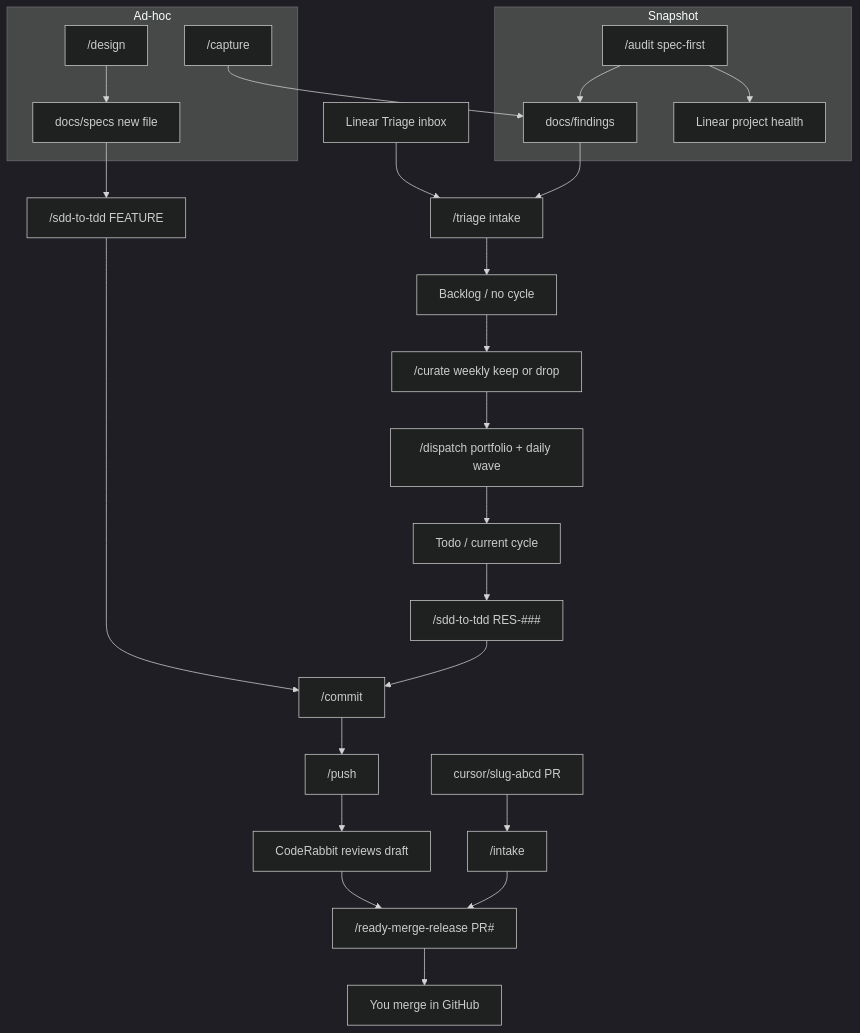
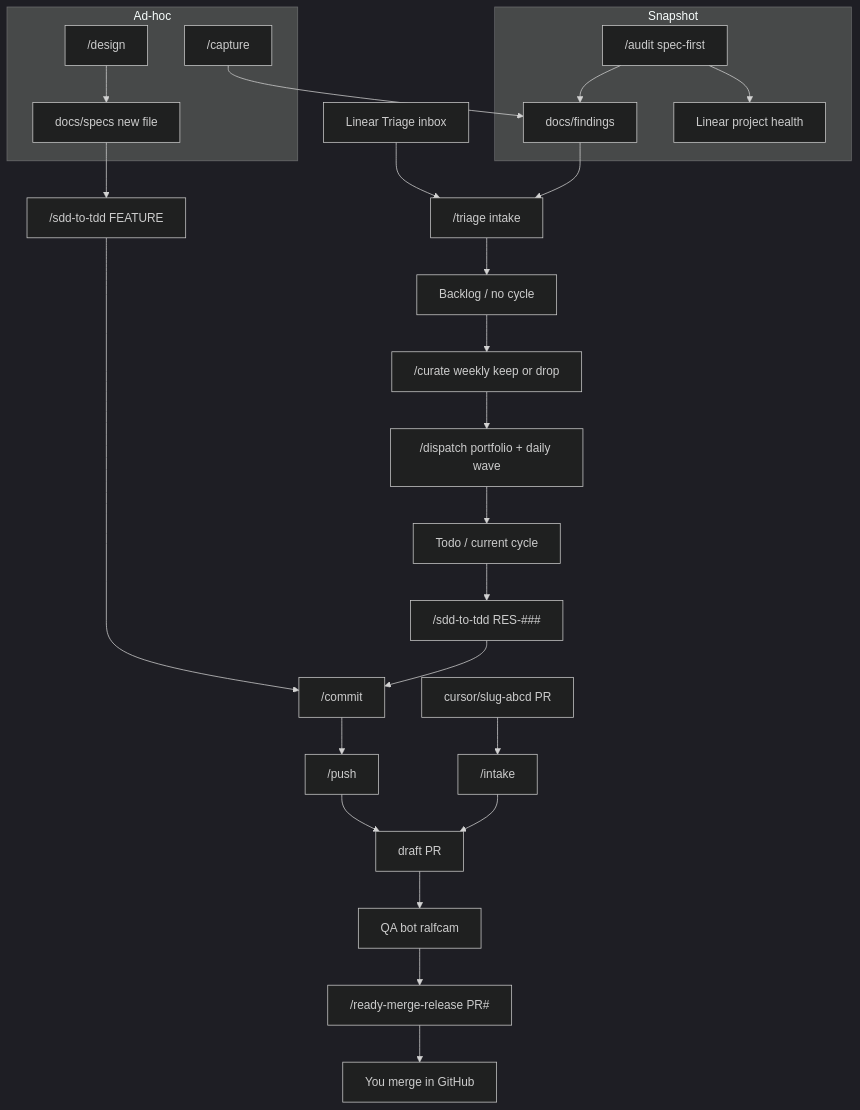
One commit to ralfcam/restaurant-system changed the diagram in .cursor/README.md. Above: the diagram before and after it, drawn with Mermaid (dark theme). The commit also changed other lines of this file and 22 other files, not shown here.

````diff
--- a/.cursor/README.md
+++ b/.cursor/README.md
@@ -75,30 +75,31 @@
 ```mermaid
 flowchart TD
   subgraph snapshot [Snapshot]
     Audit["/audit spec-first"]
     Audit --> Ledger["docs/findings"]
     Audit --> ProjectHealth["Linear project health"]
   end
   subgraph adhoc [Ad-hoc]
     Capture["/capture"]
     Design["/design"]
     Capture --> Ledger
     Design --> Spec["docs/specs new file"]
   end
   LinearTriage["Linear Triage inbox"] --> Triage["/triage intake"]
   Ledger --> Triage
   Triage --> Backlog["Backlog / no cycle"]
   Backlog --> Curate["/curate weekly keep or drop"]
   Curate --> Dispatch["/dispatch portfolio + daily wave"]
   Dispatch --> Todo["Todo / current cycle"]
   Spec --> Sdd["/sdd-to-tdd FEATURE"]
   Todo --> Sdd2["/sdd-to-tdd RES-###"]
   Sdd --> Commit["/commit"]
   Sdd2 --> Commit
   Commit --> Push["/push"]
-  Push --> CR["CodeRabbit reviews draft"]
-  CR --> Release["/ready-merge-release PR#"]
+  Push --> Draft["draft PR"]
+  Draft --> QA["QA bot ralfcam"]
+  QA --> Release["/ready-merge-release PR#"]
   Release --> Merge["You merge in GitHub"]
   CloudPR["cursor/slug-abcd PR"] --> Intake["/intake"]
-  Intake --> Release
+  Intake --> Draft
 ```
````
